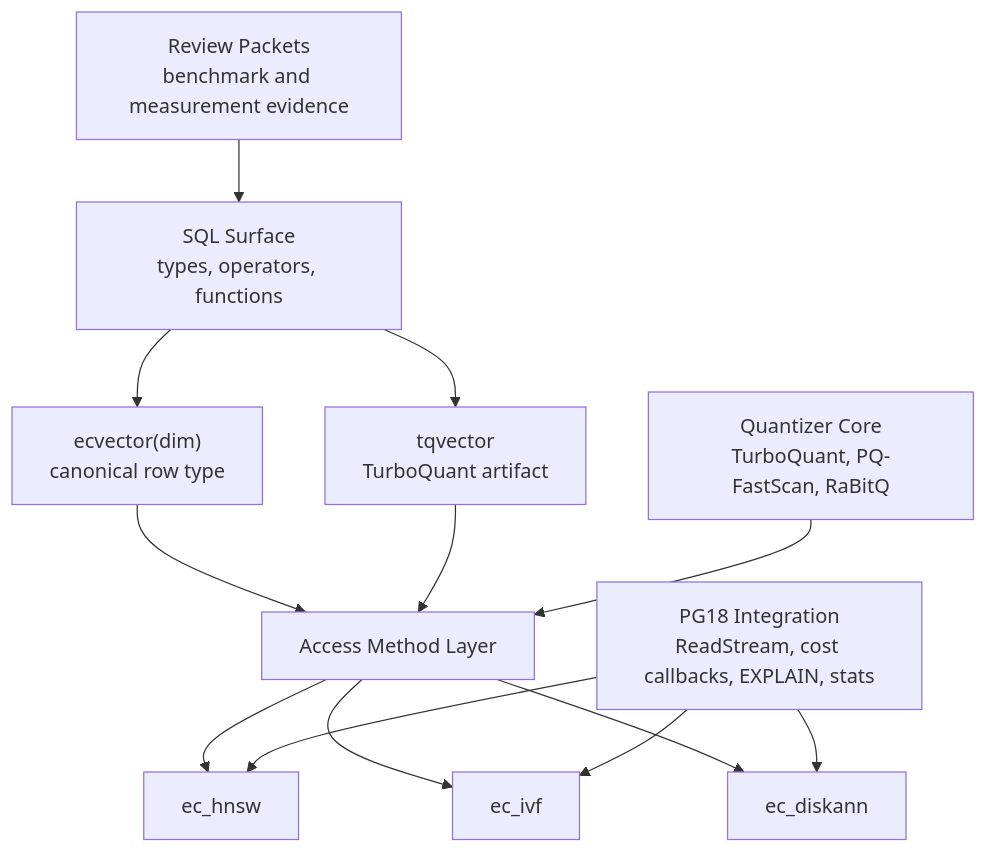
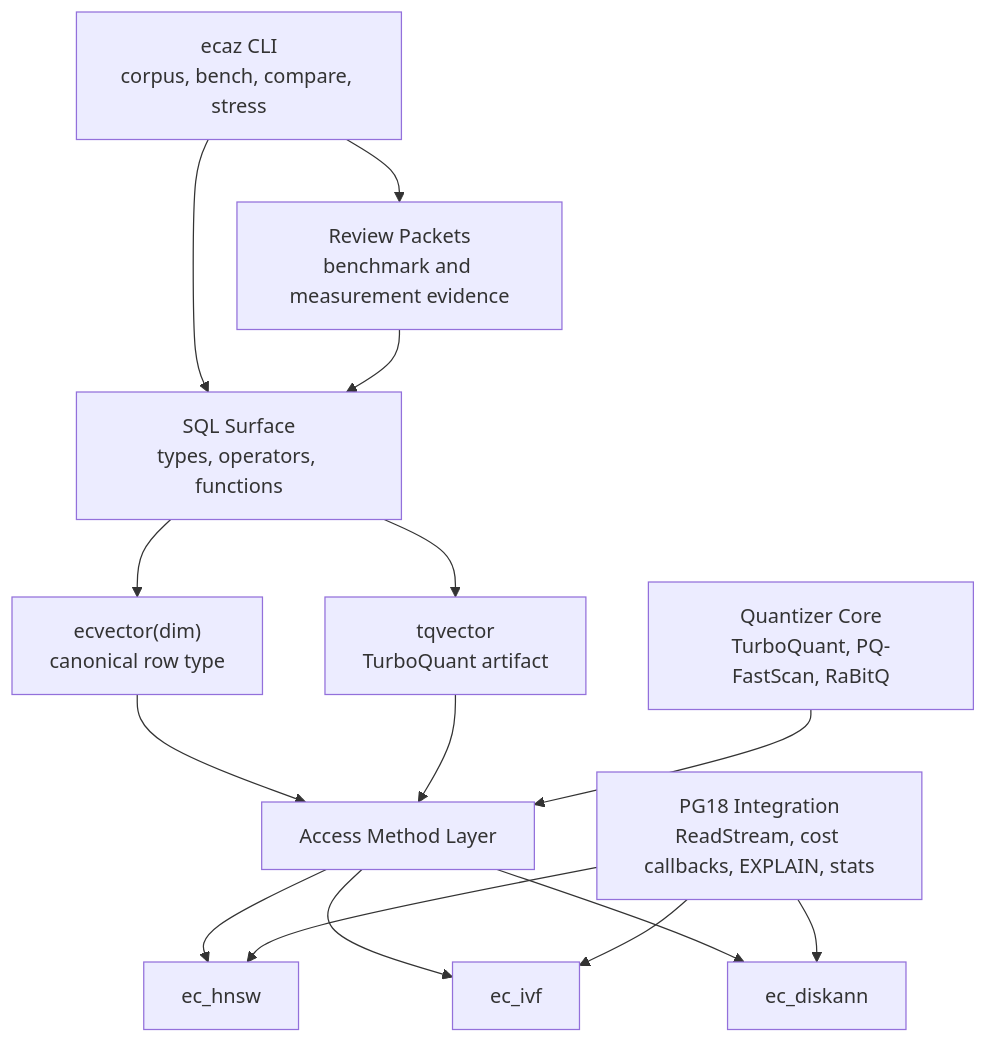
The diagram in spec/spec.md (agent-ix/ecaz), drawn with Mermaid before and after one commit. The commit also changed other lines of this file and 9 other files, not shown here.

Commit message:
Document ecaz CLI operator surface

````diff
--- a/spec/spec.md
+++ b/spec/spec.md
@@ -107,26 +109,29 @@
 ```mermaid
 graph TD
     SQL["SQL Surface<br/>types, operators, functions"]
     EC["ecvector(dim)<br/>canonical row type"]
     TQ["tqvector<br/>TurboQuant artifact"]
     Q["Quantizer Core<br/>TurboQuant, PQ-FastScan, RaBitQ"]
     AM["Access Method Layer"]
     H["ec_hnsw"]
     I["ec_ivf"]
     D["ec_diskann"]
     PG18["PG18 Integration<br/>ReadStream, cost callbacks, EXPLAIN, stats"]
+    CLI["ecaz CLI<br/>corpus, bench, compare, stress"]
     EVID["Review Packets<br/>benchmark and measurement evidence"]
 
     SQL --> EC
     SQL --> TQ
     EC --> AM
     TQ --> AM
     Q --> AM
     AM --> H
     AM --> I
     AM --> D
     PG18 --> H
     PG18 --> I
     PG18 --> D
+    CLI --> SQL
+    CLI --> EVID
     EVID --> SQL
 ```
````
